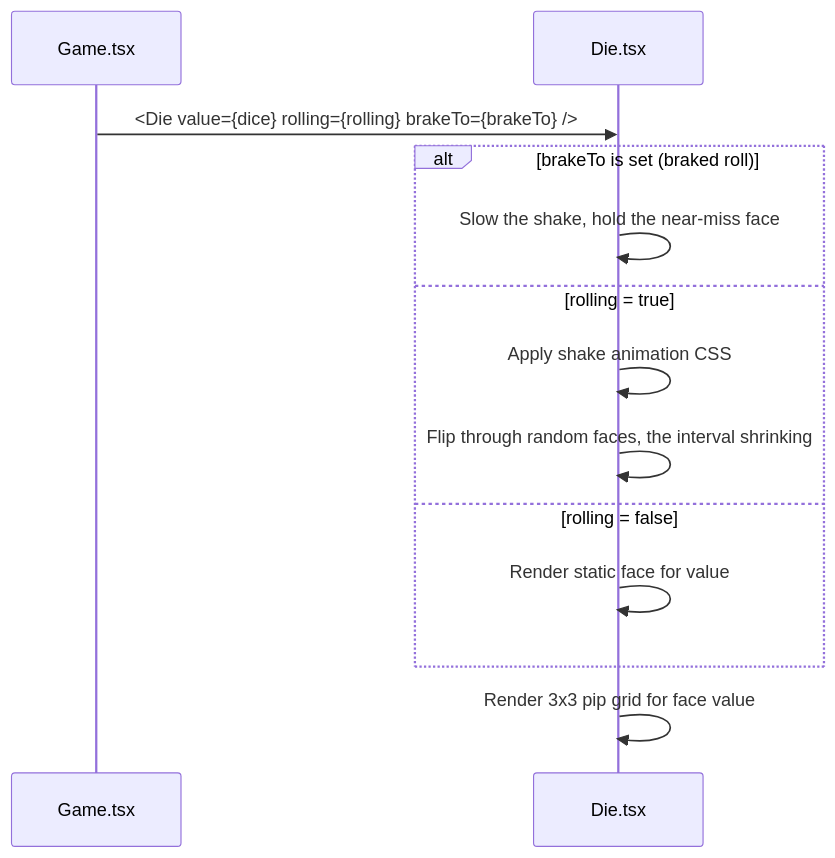
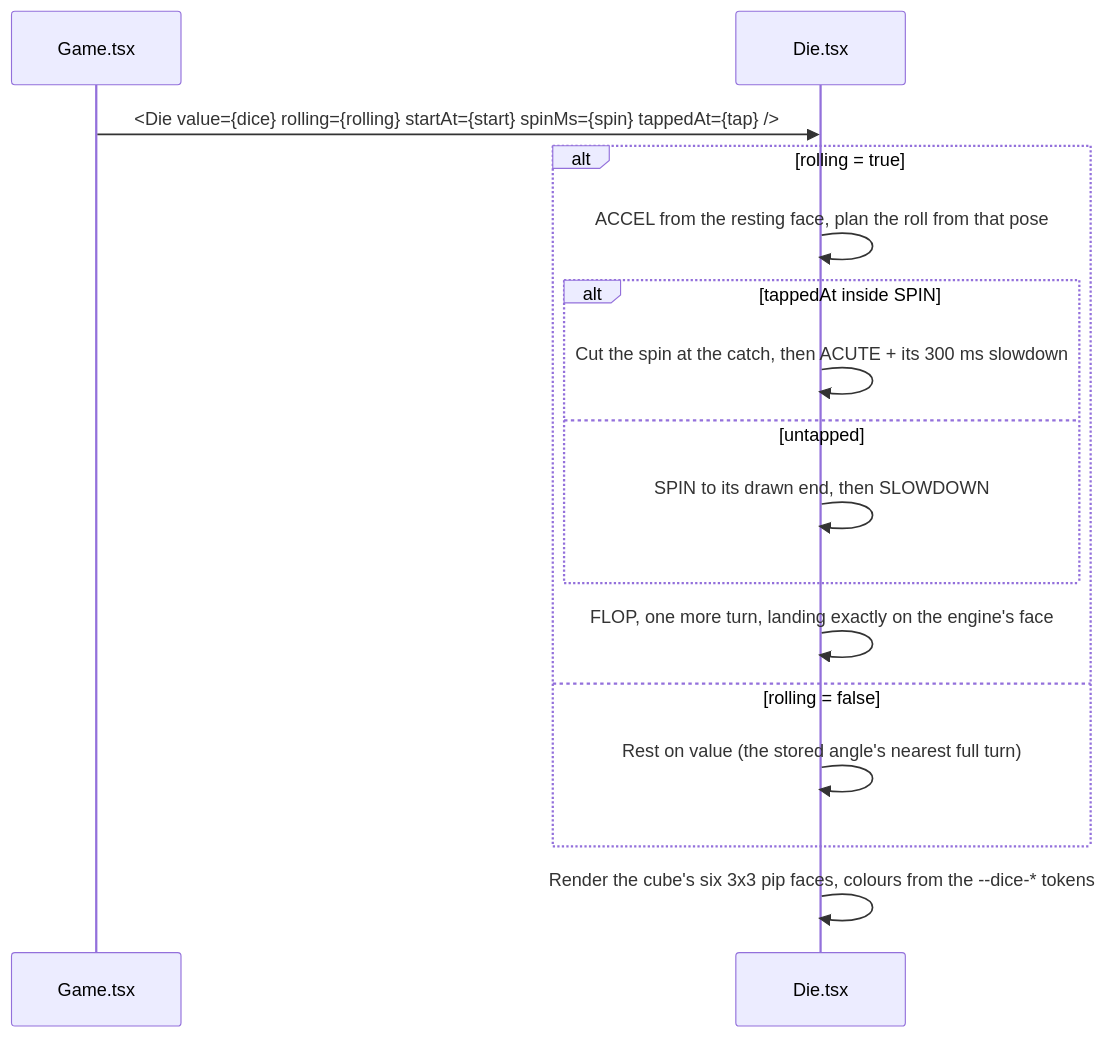
Before and after one commit to IrmaJoKerr/ft_transcendence-ludo: the third of 4 diagrams in docs/frontend/frontend-components-system.md, drawn with Mermaid. The commit also changed other lines of this file and 22 other files, not shown here.

Commit message:
feat(dice): five acts per roll with a tap that branches them and dice_tapped on the wire; login asks about the arenas

````diff
--- a/docs/frontend/frontend-components-system.md
+++ b/docs/frontend/frontend-components-system.md
@@ -197,16 +208,19 @@
 ```mermaid
 sequenceDiagram
     participant Game as Game.tsx
     participant Die as Die.tsx
 
-    Game->>Die: <Die value={dice} rolling={rolling} brakeTo={brakeTo} />
-    alt brakeTo is set (braked roll)
-        Die->>Die: Slow the shake, hold the near-miss face
-    else rolling = true
-        Die->>Die: Apply shake animation CSS
-        Die->>Die: Flip through random faces, the interval shrinking
+    Game->>Die: <Die value={dice} rolling={rolling} startAt={start} spinMs={spin} tappedAt={tap} />
+    alt rolling = true
+        Die->>Die: ACCEL from the resting face, plan the roll from that pose
+        alt tappedAt inside SPIN
+            Die->>Die: Cut the spin at the catch, then ACUTE + its 300 ms slowdown
+        else untapped
+            Die->>Die: SPIN to its drawn end, then SLOWDOWN
+        end
+        Die->>Die: FLOP, one more turn, landing exactly on the engine's face
     else rolling = false
-        Die->>Die: Render static face for value
+        Die->>Die: Rest on value (the stored angle's nearest full turn)
     end
-    Die->>Die: Render 3x3 pip grid for face value
+    Die->>Die: Render the cube's six 3x3 pip faces, colours from the --dice-* tokens
 ```
````
